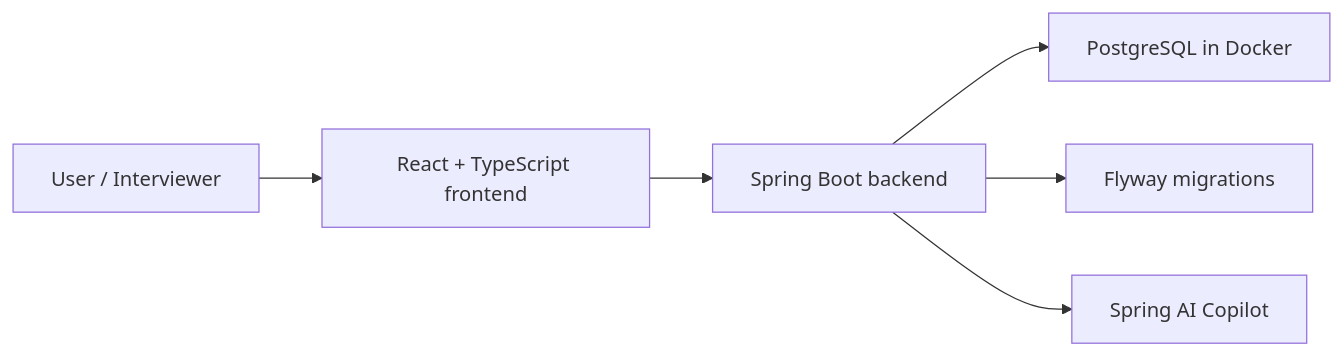
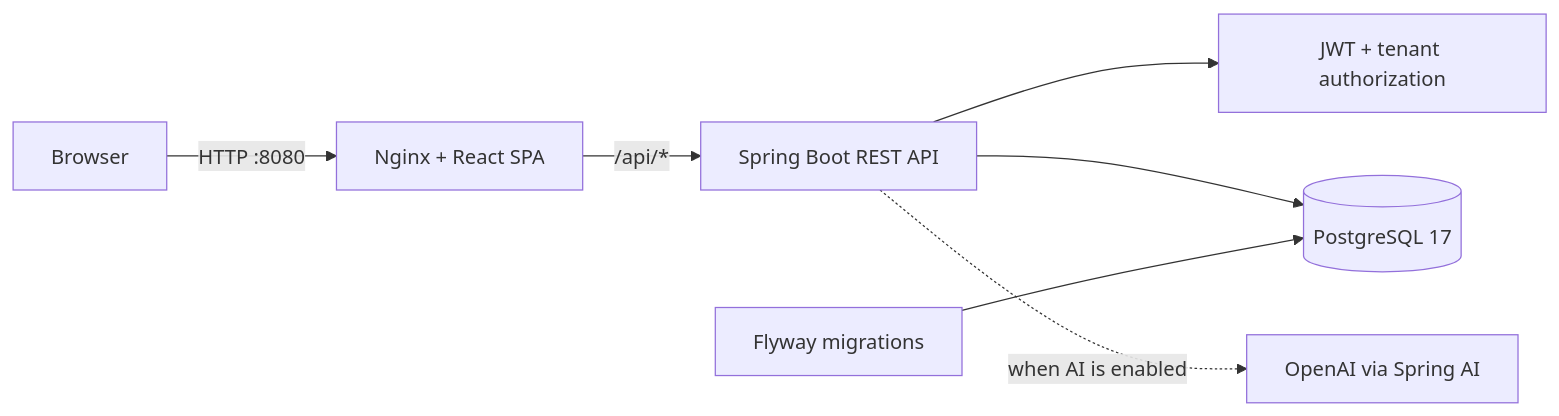
Before and after one commit to vokyo/FlowAi: the diagram in README.md, drawn with Mermaid. The commit also changed other lines of this file and 7 other files, not shown here.

````diff
--- a/README.md
+++ b/README.md
@@ -61,8 +74,9 @@
 ```mermaid
 flowchart LR
-    User["User / Interviewer"] --> Frontend["React + TypeScript frontend"]
-    Frontend --> Backend["Spring Boot backend"]
-    Backend --> Database["PostgreSQL in Docker"]
-    Backend --> Flyway["Flyway migrations"]
-    Backend --> Copilot["Spring AI Copilot"]
+    Browser["Browser"] -->|"HTTP :8080"| Nginx["Nginx + React SPA"]
+    Nginx -->|"/api/*"| API["Spring Boot REST API"]
+    API --> Security["JWT + tenant authorization"]
+    API --> Database[("PostgreSQL 17")]
+    API -. "when AI is enabled" .-> Provider["OpenAI via Spring AI"]
+    Flyway["Flyway migrations"] --> Database
 ```
````
